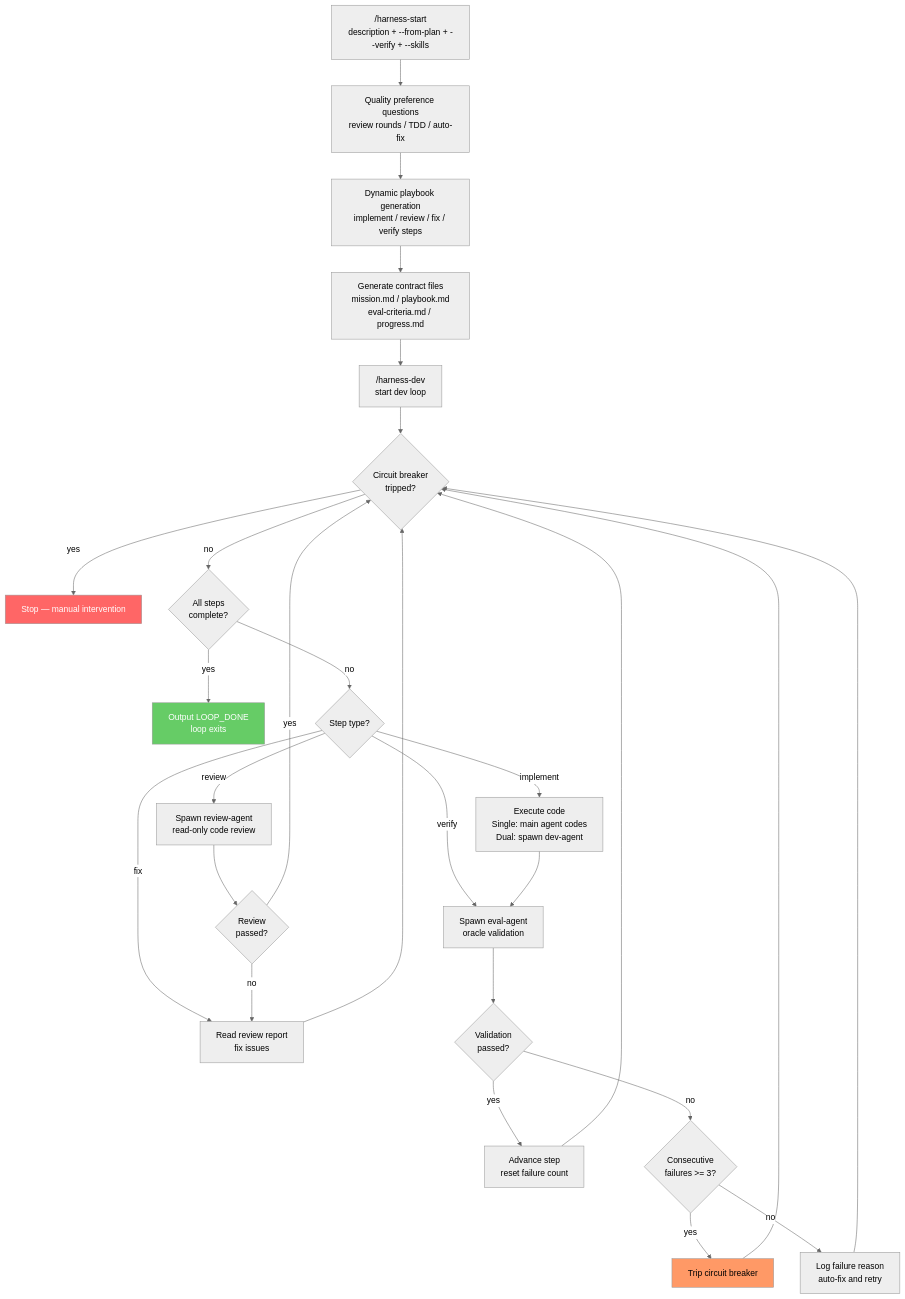
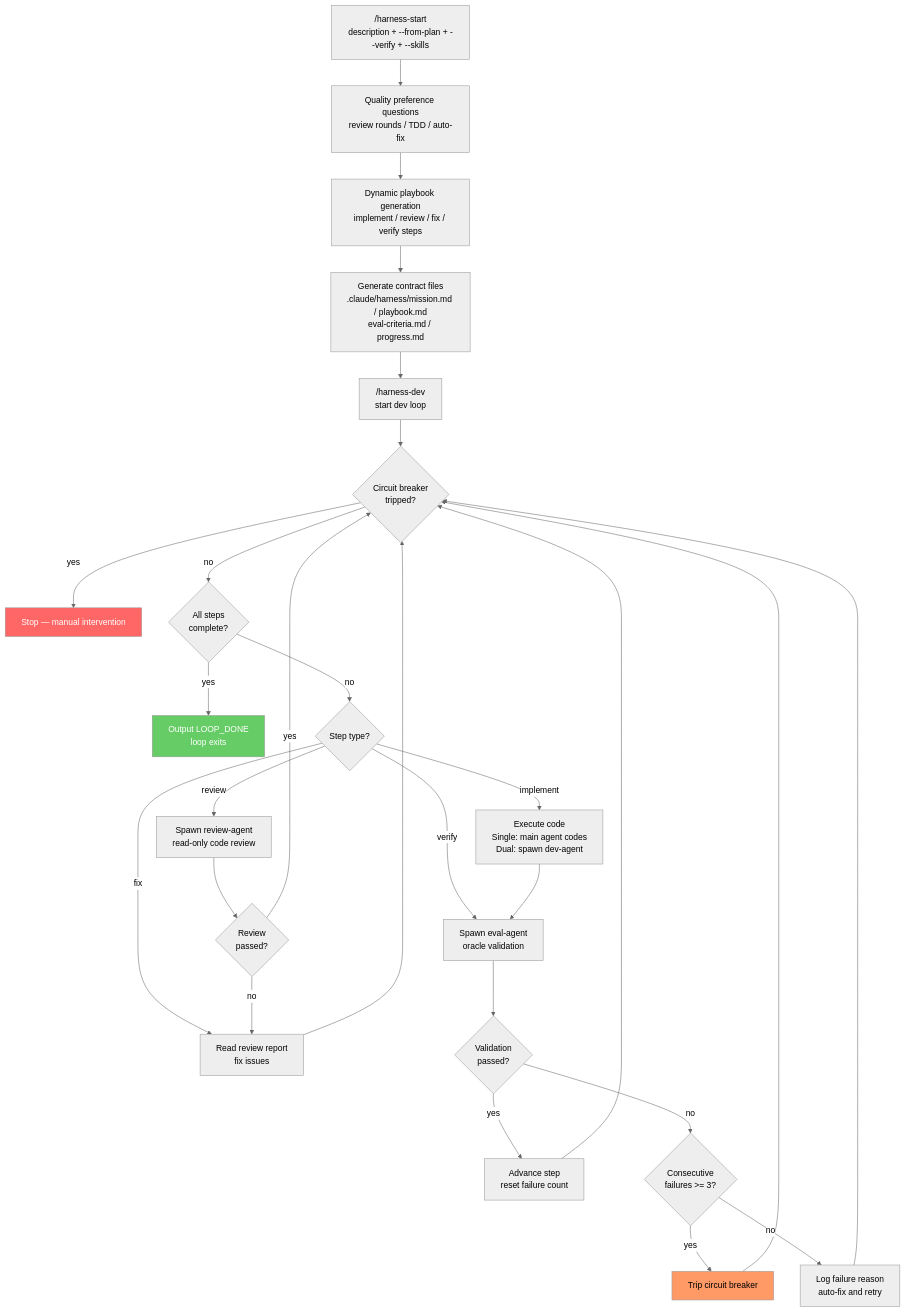
One commit to Luck9Star/OpenHarness-For-ClaudeCode changed the diagram in README.en.md. Above: the diagram before and after it, drawn with Mermaid (neutral theme). The commit also changed other lines of this file and 57 other files, not shown here.

````diff
--- a/README.en.md
+++ b/README.en.md
@@ -213,33 +325,33 @@
 ```mermaid
 flowchart TD
     A["/harness-start<br/>description + --from-plan + --verify + --skills"] --> B["Quality preference questions<br/>review rounds / TDD / auto-fix"]
     B --> C["Dynamic playbook generation<br/>implement / review / fix / verify steps"]
-    C --> D["Generate contract files<br/>mission.md / playbook.md<br/>eval-criteria.md / progress.md"]
+    C --> D["Generate contract files<br/>.claude/harness/mission.md / playbook.md<br/>eval-criteria.md / progress.md"]
     D --> E["/harness-dev<br/>start dev loop"]
     E --> F{"Circuit breaker<br/>tripped?"}
     F -- yes --> STOP["Stop — manual intervention"]
     F -- no --> G{"All steps<br/>complete?"}
     G -- yes --> H["Output LOOP_DONE<br/>loop exits"]
     G -- no --> H2{"Step type?"}
     H2 -- implement --> I["Execute code<br/>Single: main agent codes<br/>Dual: spawn dev-agent"]
     H2 -- review --> J["Spawn review-agent<br/>read-only code review"]
     H2 -- fix --> K["Read review report<br/>fix issues"]
     H2 -- verify --> L["Spawn eval-agent<br/>oracle validation"]
     I --> L
     J --> M{"Review<br/>passed?"}
     M -- yes --> F
     M -- no --> K
     K --> F
     L --> N{"Validation<br/>passed?"}
     N -- yes --> O["Advance step<br/>reset failure count"]
     N -- no --> P{"Consecutive<br/>failures >= 3?"}
     P -- yes --> Q["Trip circuit breaker"]
     Q --> F
     P -- no --> R["Log failure reason<br/>auto-fix and retry"]
     R --> F
     O --> F
 
     style STOP fill:#f66,color:#fff
     style H fill:#6c6,color:#fff
     style Q fill:#f96,color:#000
 ```
````
